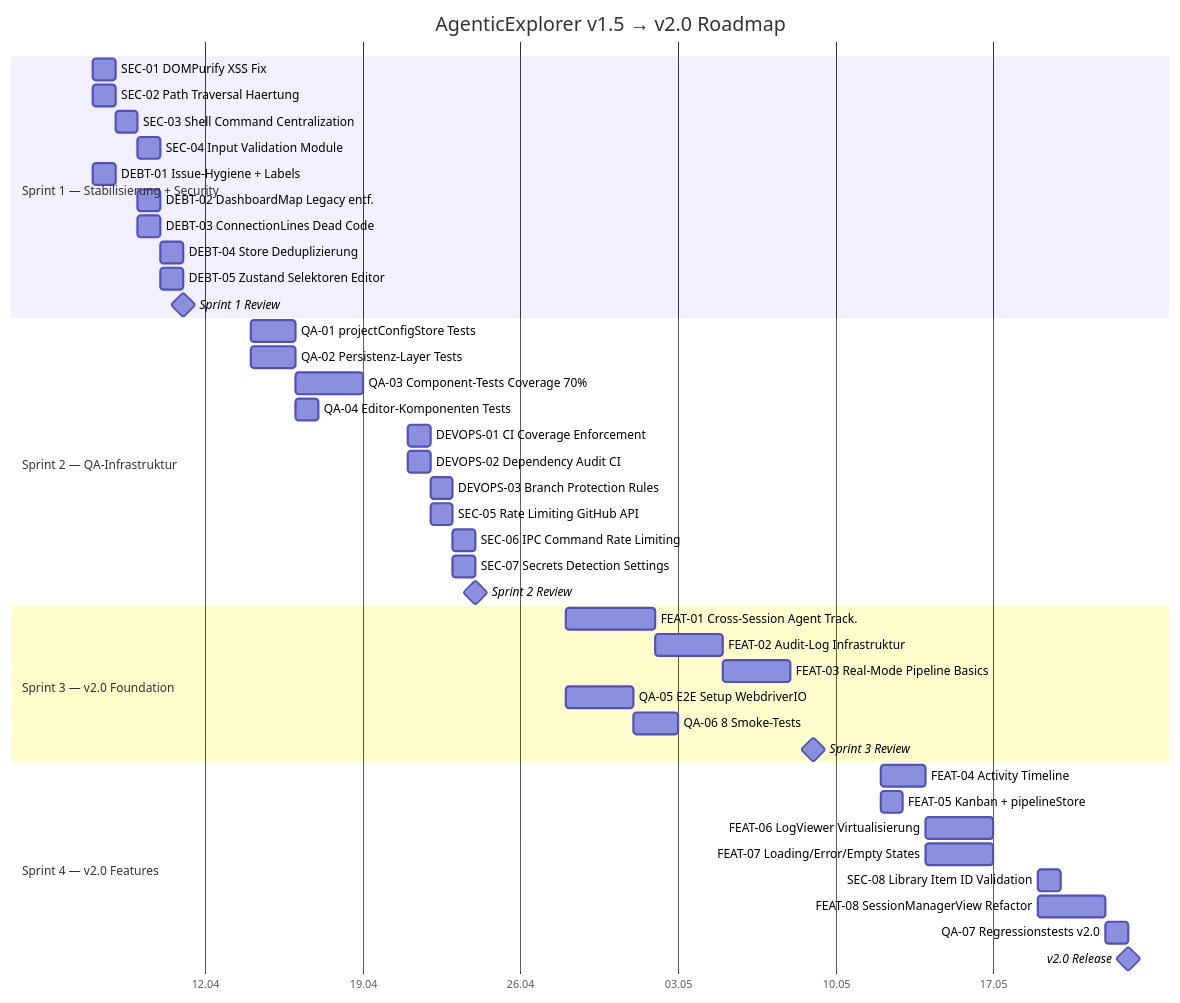
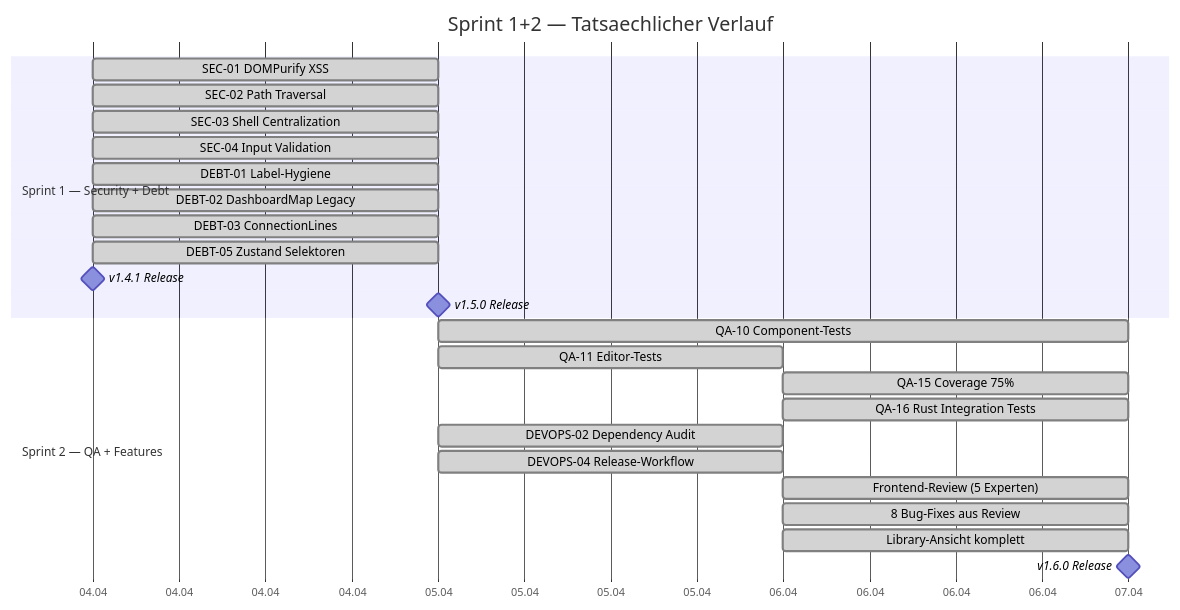
One commit to hossoOG/agentic-dashboard changed the first of 4 diagrams in tasks/sprint-plan-v1.5-v2.0.md. Above: the diagram before and after it, drawn with Mermaid. The commit also changed other lines of this file and 1 other file, not shown here.

First line of the commit message:
docs: sync arc42 v3.0 and sprint plan with v1.6.0 status

````diff
--- a/tasks/sprint-plan-v1.5-v2.0.md
+++ b/tasks/sprint-plan-v1.5-v2.0.md
@@ -10,49 +14,30 @@
 ```mermaid
 gantt
-    title AgenticExplorer v1.5 → v2.0 Roadmap
+    title Sprint 1+2 — Tatsaechlicher Verlauf
     dateFormat  YYYY-MM-DD
     axisFormat  %d.%m
 
-    section Sprint 1 — Stabilisierung + Security
-    SEC-01 DOMPurify XSS Fix           :s1_1, 2026-04-07, 1d
-    SEC-02 Path Traversal Haertung      :s1_2, 2026-04-07, 1d
-    SEC-03 Shell Command Centralization :s1_3, 2026-04-08, 1d
-    SEC-04 Input Validation Module      :s1_4, 2026-04-09, 1d
-    DEBT-01 Issue-Hygiene + Labels      :s1_5, 2026-04-07, 1d
-    DEBT-02 DashboardMap Legacy entf.   :s1_6, 2026-04-09, 1d
-    DEBT-03 ConnectionLines Dead Code   :s1_7, 2026-04-09, 1d
-    DEBT-04 Store Deduplizierung        :s1_8, 2026-04-10, 1d
-    DEBT-05 Zustand Selektoren Editor   :s1_9, 2026-04-10, 1d
-    Sprint 1 Review                     :milestone, s1_rev, 2026-04-11, 0d
+    section Sprint 1 — Security + Debt
+    SEC-01 DOMPurify XSS             :done, s1_1, 2026-04-04, 1d
+    SEC-02 Path Traversal            :done, s1_2, 2026-04-04, 1d
+    SEC-03 Shell Centralization      :done, s1_3, 2026-04-04, 1d
+    SEC-04 Input Validation          :done, s1_4, 2026-04-04, 1d
+    DEBT-01 Label-Hygiene            :done, s1_5, 2026-04-04, 1d
+    DEBT-02 DashboardMap Legacy      :done, s1_6, 2026-04-04, 1d
+    DEBT-03 ConnectionLines          :done, s1_7, 2026-04-04, 1d
+    DEBT-05 Zustand Selektoren       :done, s1_9, 2026-04-04, 1d
+    v1.4.1 Release                   :milestone, v141, 2026-04-04, 0d
+    v1.5.0 Release                   :milestone, v150, 2026-04-05, 0d
 
-    section Sprint 2 — QA-Infrastruktur
-    QA-01 projectConfigStore Tests      :s2_1, 2026-04-14, 2d
-    QA-02 Persistenz-Layer Tests        :s2_2, 2026-04-14, 2d
-    QA-03 Component-Tests Coverage 70%  :s2_3, 2026-04-16, 3d
-    QA-04 Editor-Komponenten Tests      :s2_4, 2026-04-16, 1d
-    DEVOPS-01 CI Coverage Enforcement   :s2_5, 2026-04-21, 1d
-    DEVOPS-02 Dependency Audit CI       :s2_6, 2026-04-21, 1d
-    DEVOPS-03 Branch Protection Rules   :s2_7, 2026-04-22, 1d
-    SEC-05 Rate Limiting GitHub API     :s2_8, 2026-04-22, 1d
-    SEC-06 IPC Command Rate Limiting    :s2_9, 2026-04-23, 1d
-    SEC-07 Secrets Detection Settings   :s2_10, 2026-04-23, 1d
-    Sprint 2 Review                     :milestone, s2_rev, 2026-04-24, 0d
-
-    section Sprint 3 — v2.0 Foundation
-    FEAT-01 Cross-Session Agent Track.  :s3_1, 2026-04-28, 4d
-    FEAT-02 Audit-Log Infrastruktur     :s3_2, 2026-05-02, 3d
-    FEAT-03 Real-Mode Pipeline Basics   :s3_3, 2026-05-05, 3d
-    QA-05 E2E Setup WebdriverIO         :s3_4, 2026-04-28, 3d
-    QA-06 8 Smoke-Tests                 :s3_5, 2026-05-01, 2d
-    Sprint 3 Review                     :milestone, s3_rev, 2026-05-09, 0d
-
-    section Sprint 4 — v2.0 Features
-    FEAT-04 Activity Timeline           :s4_1, 2026-05-12, 2d
-    FEAT-05 Kanban + pipelineStore      :s4_2, 2026-05-12, 1d
-    FEAT-06 LogViewer Virtualisierung   :s4_3, 2026-05-14, 3d
-    FEAT-07 Loading/Error/Empty States  :s4_4, 2026-05-14, 3d
-    SEC-08 Library Item ID Validation   :s4_5, 2026-05-19, 1d
-    FEAT-08 SessionManagerView Refactor :s4_6, 2026-05-19, 3d
-    QA-07 Regressionstests v2.0         :s4_7, 2026-05-22, 1d
-    v2.0 Release                        :milestone, v2_rel, 2026-05-23, 0d
+    section Sprint 2 — QA + Features
+    QA-10 Component-Tests            :done, s2_1, 2026-04-05, 2d
+    QA-11 Editor-Tests               :done, s2_2, 2026-04-05, 1d
+    QA-15 Coverage 75%               :done, s2_3, 2026-04-06, 1d
+    QA-16 Rust Integration Tests     :done, s2_4, 2026-04-06, 1d
+    DEVOPS-02 Dependency Audit       :done, s2_5, 2026-04-05, 1d
+    DEVOPS-04 Release-Workflow       :done, s2_6, 2026-04-05, 1d
+    Frontend-Review (5 Experten)     :done, s2_7, 2026-04-06, 1d
+    8 Bug-Fixes aus Review           :done, s2_8, 2026-04-06, 1d
+    Library-Ansicht komplett         :done, s2_9, 2026-04-06, 1d
+    v1.6.0 Release                   :milestone, v160, 2026-04-07, 0d
 ```
````
